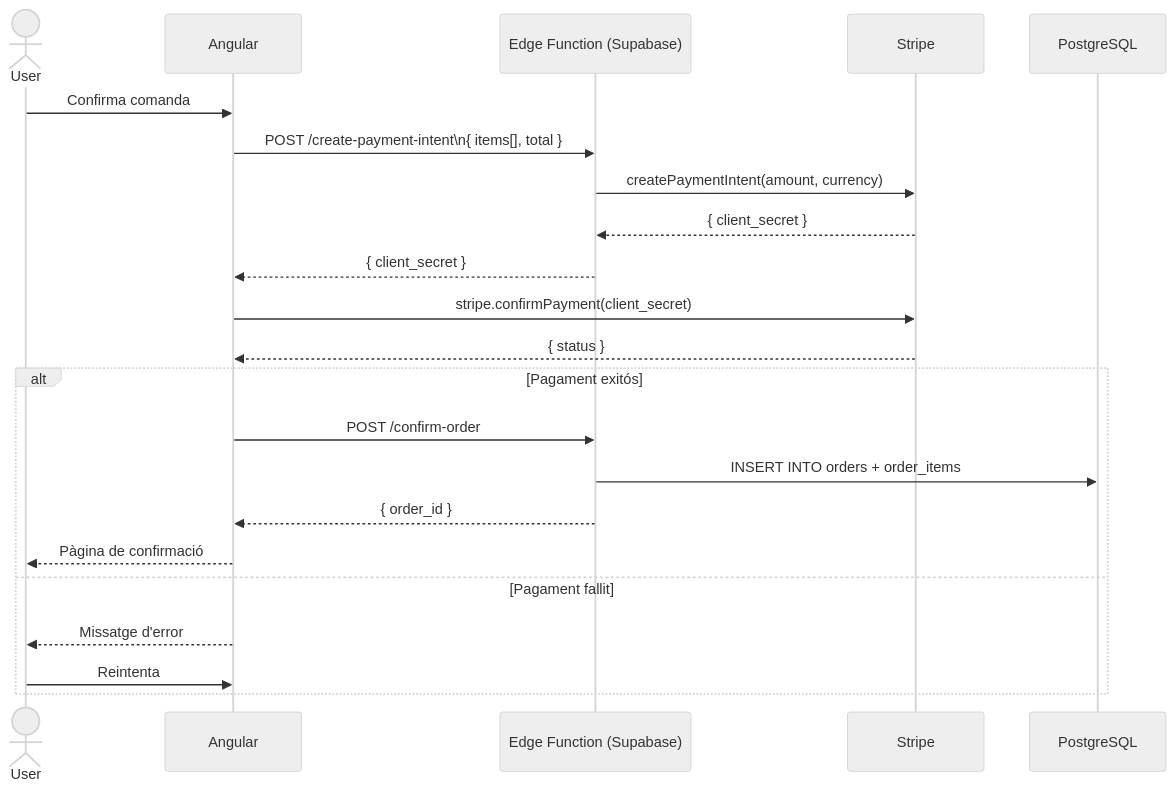
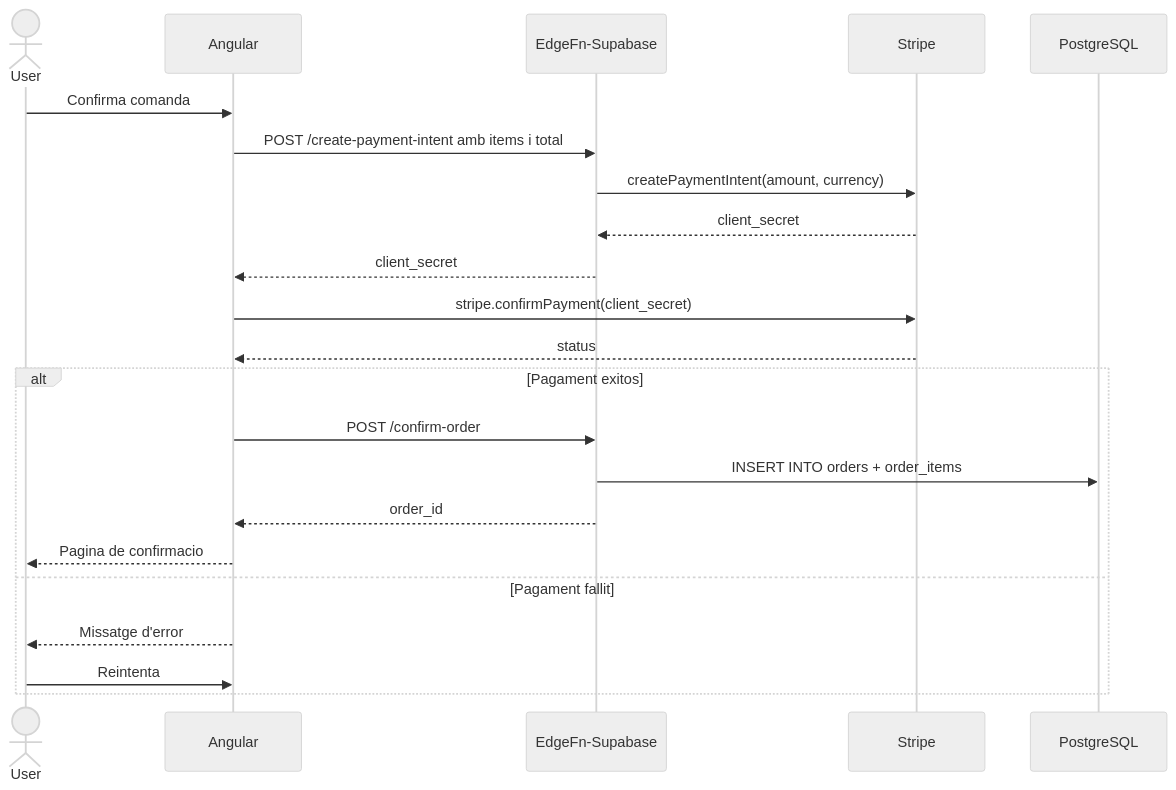
The sixth of 8 diagrams in DIAGRAMS.md (isahun/winter-garden), drawn with Mermaid (neutral theme) before and after one commit. The commit also changed other lines of this file, not shown here.

Commit message:
docs: fix Mermaid node labels for obsidian render

````diff
--- a/DIAGRAMS.md
+++ b/DIAGRAMS.md
@@ -237,26 +237,26 @@
 ```mermaid
 sequenceDiagram
     actor User
     participant Angular
-    participant EdgeFn as Edge Function (Supabase)
+    participant EdgeFn as EdgeFn-Supabase
     participant Stripe
     participant DB as PostgreSQL
 
     User->>Angular: Confirma comanda
-    Angular->>EdgeFn: POST /create-payment-intent\n{ items[], total }
+    Angular->>EdgeFn: POST /create-payment-intent amb items i total
     EdgeFn->>Stripe: createPaymentIntent(amount, currency)
-    Stripe-->>EdgeFn: { client_secret }
-    EdgeFn-->>Angular: { client_secret }
+    Stripe-->>EdgeFn: client_secret
+    EdgeFn-->>Angular: client_secret
     Angular->>Stripe: stripe.confirmPayment(client_secret)
-    Stripe-->>Angular: { status }
+    Stripe-->>Angular: status
 
-    alt Pagament exitós
+    alt Pagament exitos
         Angular->>EdgeFn: POST /confirm-order
         EdgeFn->>DB: INSERT INTO orders + order_items
-        EdgeFn-->>Angular: { order_id }
-        Angular-->>User: Pàgina de confirmació
+        EdgeFn-->>Angular: order_id
+        Angular-->>User: Pagina de confirmacio
     else Pagament fallit
         Angular-->>User: Missatge d'error
         User->>Angular: Reintenta
     end
 ```
````
